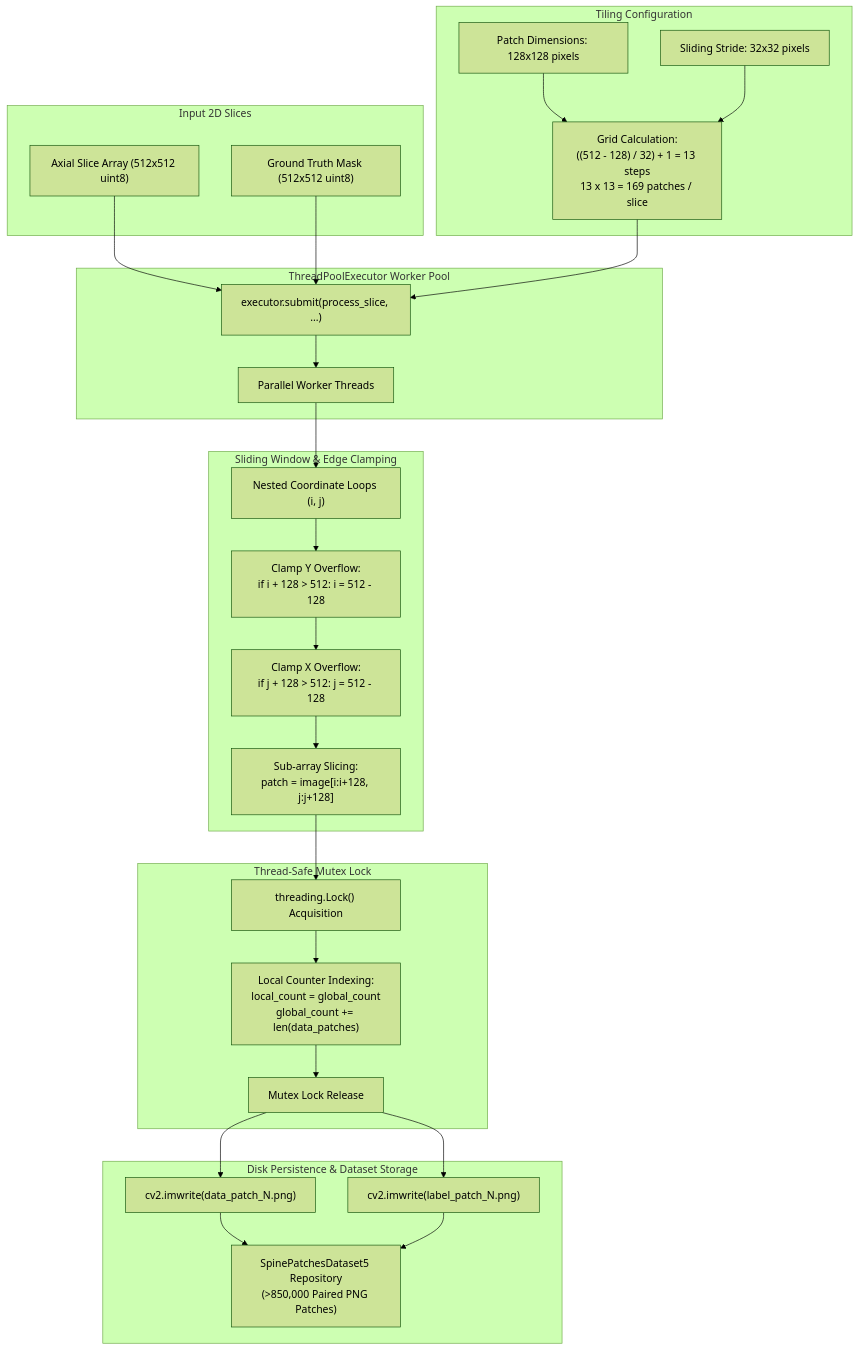
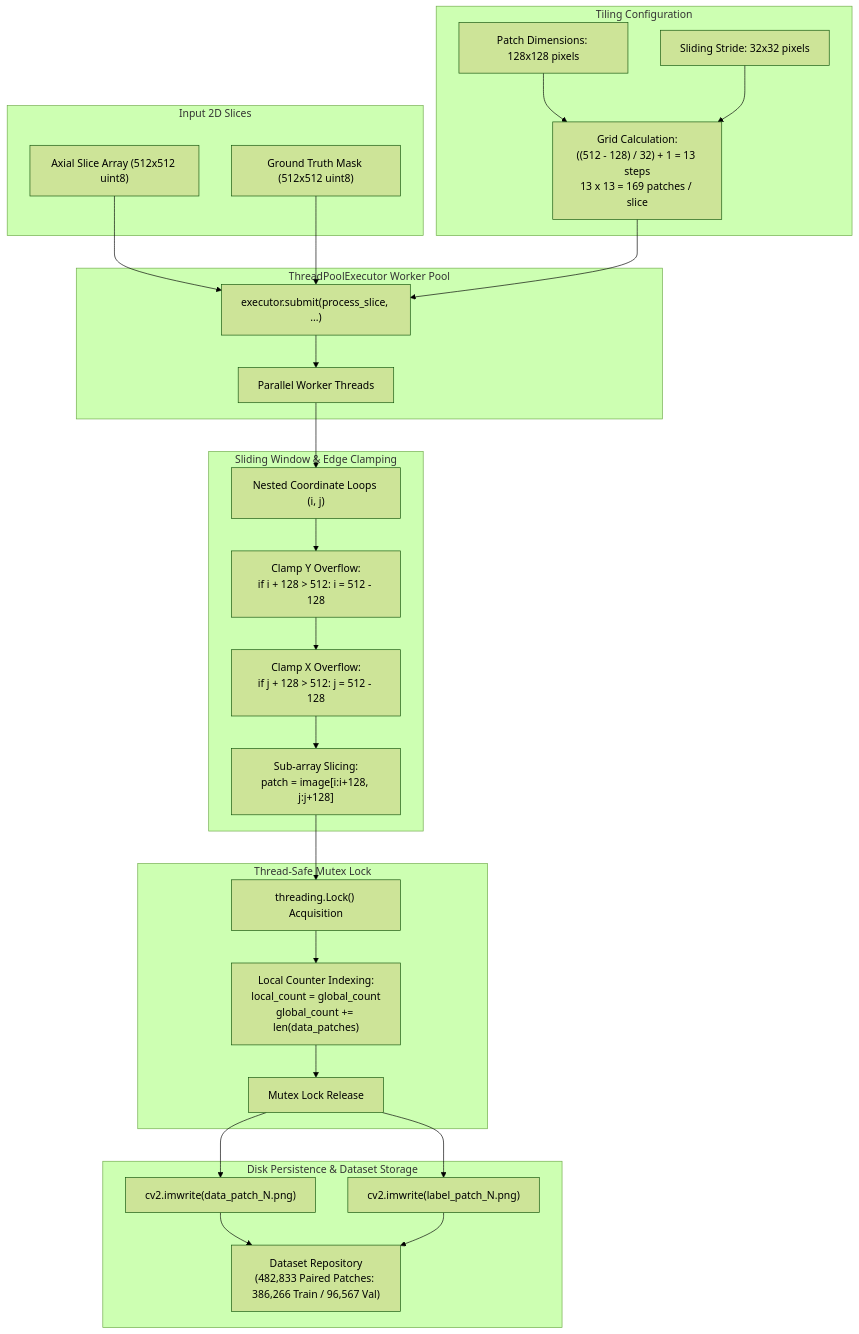
One commit to Nawaz393/spine-vertebrae-segmentation-architecture changed the diagram in diagrams/patch-extraction-flow.mmd. Above: the diagram before and after it, drawn with Mermaid (forest theme). The commit also changed 11 other files, not shown here.

```diff
--- a/diagrams/patch-extraction-flow.mmd
+++ b/diagrams/patch-extraction-flow.mmd
@@ -1,56 +1,56 @@
 flowchart TD
     subgraph INPUT ["Input 2D Slices"]
         SLICE_DATA["Axial Slice Array (512x512 uint8)"]
         SLICE_LABEL["Ground Truth Mask (512x512 uint8)"]
     end
 
     subgraph CONFIG ["Tiling Configuration"]
         PATCH_DIM["Patch Dimensions: 128x128 pixels"]
         STRIDE_DIM["Sliding Stride: 32x32 pixels"]
         GRID_CALC["Grid Calculation:<br/>((512 - 128) / 32) + 1 = 13 steps<br/>13 x 13 = 169 patches / slice"]
     end
 
     subgraph ENGINE ["ThreadPoolExecutor Worker Pool"]
         SUBMIT["executor.submit(process_slice, ...)"]
         WORKER_POOL["Parallel Worker Threads"]
     end
 
     subgraph BOUNDARY ["Sliding Window & Edge Clamping"]
         INNER_LOOP["Nested Coordinate Loops (i, j)"]
         CLAMP_Y["Clamp Y Overflow:<br/>if i + 128 > 512: i = 512 - 128"]
         CLAMP_X["Clamp X Overflow:<br/>if j + 128 > 512: j = 512 - 128"]
         CROP["Sub-array Slicing:<br/>patch = image[i:i+128, j:j+128]"]
     end
 
     subgraph SYNCHRONIZATION ["Thread-Safe Mutex Lock"]
         MUTEX["threading.Lock() Acquisition"]
         COUNTER["Local Counter Indexing:<br/>local_count = global_count<br/>global_count += len(data_patches)"]
         RELEASE["Mutex Lock Release"]
     end
 
     subgraph PERSISTENCE ["Disk Persistence & Dataset Storage"]
         WRITE_DATA["cv2.imwrite(data_patch_N.png)"]
         WRITE_LABEL["cv2.imwrite(label_patch_N.png)"]
-        DATASET["SpinePatchesDataset5 Repository<br/>(>850,000 Paired PNG Patches)"]
+        DATASET["Dataset Repository<br/>(482,833 Paired Patches: 386,266 Train / 96,567 Val)"]
     end
 
     SLICE_DATA --> SUBMIT
     SLICE_LABEL --> SUBMIT
     PATCH_DIM --> GRID_CALC
     STRIDE_DIM --> GRID_CALC
     GRID_CALC --> SUBMIT
 
     SUBMIT --> WORKER_POOL
     WORKER_POOL --> INNER_LOOP
     INNER_LOOP --> CLAMP_Y
     CLAMP_Y --> CLAMP_X
     CLAMP_X --> CROP
 
     CROP --> MUTEX
     MUTEX --> COUNTER
     COUNTER --> RELEASE
 
     RELEASE --> WRITE_DATA
     RELEASE --> WRITE_LABEL
     WRITE_DATA --> DATASET
     WRITE_LABEL --> DATASET
```
